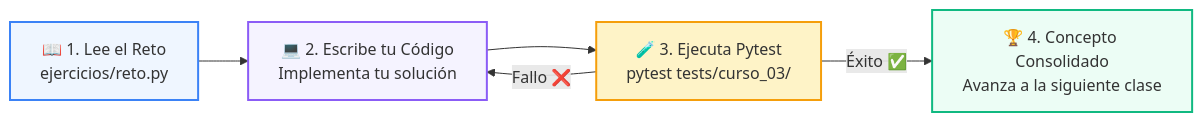
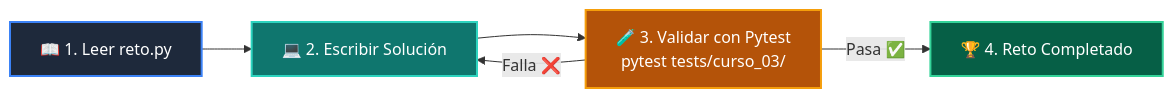
One commit to wisrovi/wisrovi-python changed the diagram in 03-agentes-ia/clase-01-fundamentos-llm-tokenizacion/ejercicios/README.md. Above: the diagram before and after it, drawn with Mermaid. The commit also changed other lines of this file and 271 other files, not shown here.

Commit message:
docs: rewrite all README.md files with bespoke topic-specific Mermaid diagrams and remove repetitive boilerplate

````diff
--- a/03-agentes-ia/clase-01-fundamentos-llm-tokenizacion/ejercicios/README.md
+++ b/03-agentes-ia/clase-01-fundamentos-llm-tokenizacion/ejercicios/README.md
@@ -10,12 +15,12 @@
 ```mermaid
 flowchart LR
-    A["📖 1. Lee el Reto<br/>ejercicios/reto.py"] --> B["💻 2. Escribe tu Código<br/>Implementa tu solución"]
-    B --> C["🧪 3. Ejecuta Pytest<br/>pytest tests/curso_03/"]
-    C -->|Fallo ❌| B
-    C -->|Éxito ✅| D["🏆 4. Concepto Consolidado<br/>Avanza a la siguiente clase"]
+    A["📖 1. Leer reto.py"] --> B["💻 2. Escribir Solución"]
+    B --> C["🧪 3. Validar con Pytest<br/>pytest tests/curso_03/"]
+    C -->|Falla ❌| B
+    C -->|Pasa ✅| D["🏆 4. Reto Completado"]
 
-    style A fill:#eff6ff,stroke:#3b82f6,stroke-width:2px
-    style B fill:#f5f3ff,stroke:#8b5cf6,stroke-width:2px
-    style C fill:#fef3c7,stroke:#f59e0b,stroke-width:2px
-    style D fill:#ecfdf5,stroke:#10b981,stroke-width:2px
+    style A fill:#1e293b,color:#fff,stroke:#3b82f6,stroke-width:2px
+    style B fill:#0f766e,color:#fff,stroke:#2dd4bf,stroke-width:2px
+    style C fill:#b45309,color:#fff,stroke:#f59e0b,stroke-width:2px
+    style D fill:#065f46,color:#fff,stroke:#34d399,stroke-width:2px
 ```
````
